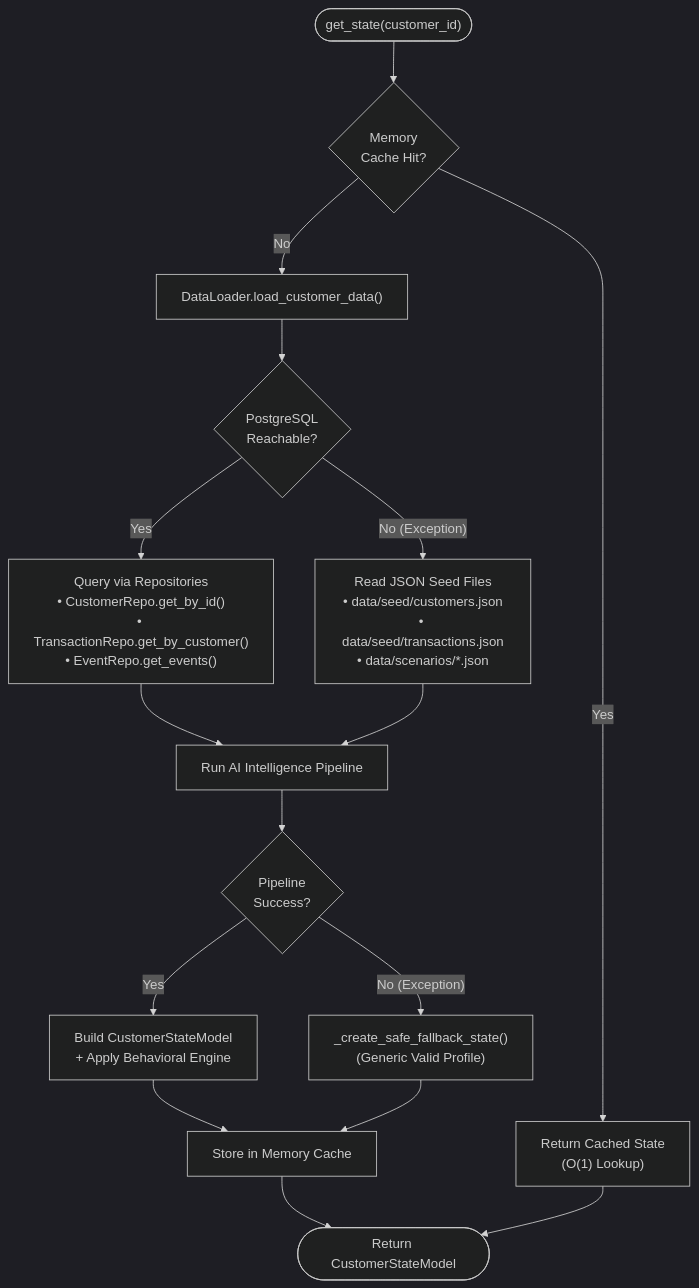
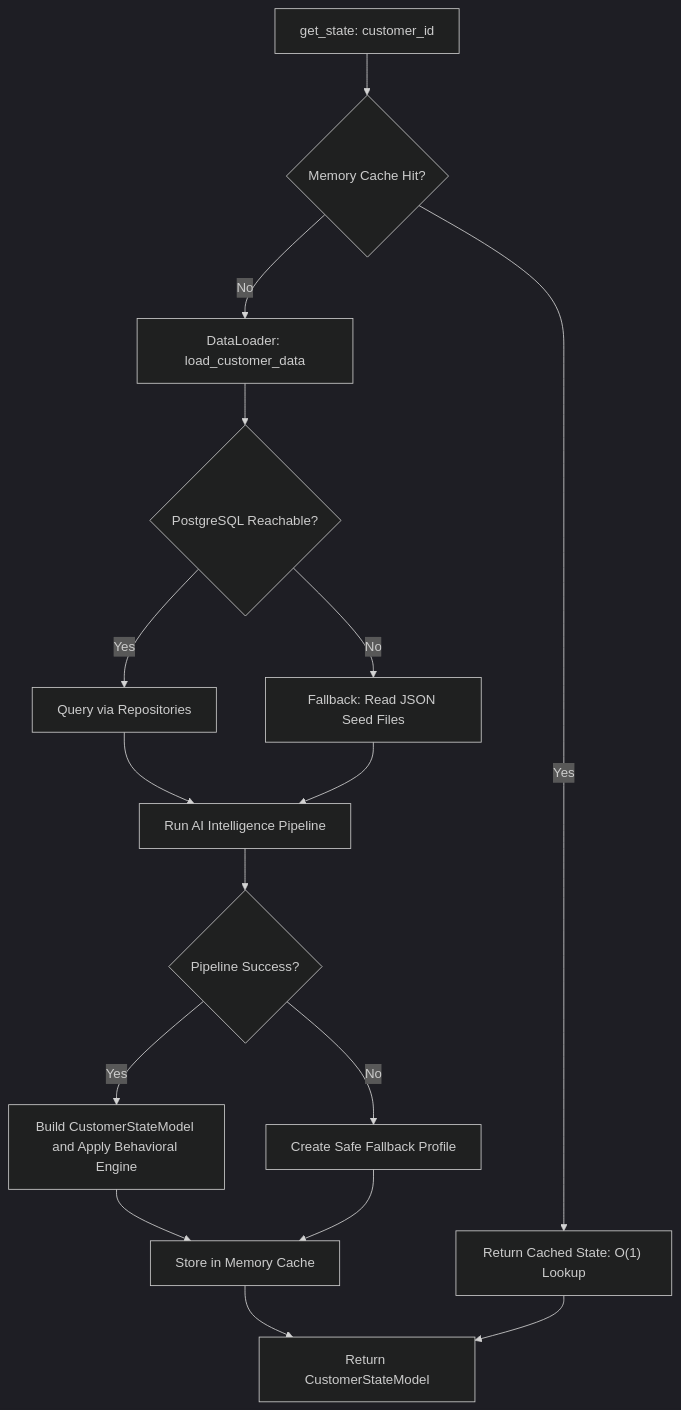
One commit to Neutron-0/ABC-Bank changed diagram 13 of 41 in README.md. Above: the diagram before and after it, drawn with Mermaid (dark theme). The commit also changed other lines of this file and 33 other files, not shown here.

````diff
--- a/README.md
+++ b/README.md
@@ -1233,22 +1217,22 @@
 ```mermaid
 flowchart TD
-  Start(["get_state(customer_id)"]) --> CacheCheck{"Memory\nCache Hit?"}
-  CacheCheck -->|"Yes"| ReturnCached["Return Cached State\n(O(1) Lookup)"]
-  CacheCheck -->|"No"| LoadData["DataLoader.load_customer_data()"]
+  Start["get_state: customer_id"] --> CacheCheck{"Memory Cache Hit?"}
+  CacheCheck -->|Yes| ReturnCached["Return Cached State: O(1) Lookup"]
+  CacheCheck -->|No| LoadData["DataLoader: load_customer_data"]
   
-  LoadData --> DBCheck{"PostgreSQL\nReachable?"}
-  DBCheck -->|"Yes"| QueryDB["Query via Repositories\n• CustomerRepo.get_by_id()\n• TransactionRepo.get_by_customer()\n• EventRepo.get_events()"]
-  DBCheck -->|"No (Exception)"| JSONFallback["Read JSON Seed Files\n• data/seed/customers.json\n• data/seed/transactions.json\n• data/scenarios/*.json"]
+  LoadData --> DBCheck{"PostgreSQL Reachable?"}
+  DBCheck -->|Yes| QueryDB["Query via Repositories"]
+  DBCheck -->|No| JSONFallback["Fallback: Read JSON Seed Files"]
   
   QueryDB --> RunAI["Run AI Intelligence Pipeline"]
   JSONFallback --> RunAI
   
-  RunAI --> AICheck{"Pipeline\nSuccess?"}
-  AICheck -->|"Yes"| BuildState["Build CustomerStateModel\n+ Apply Behavioral Engine"]
-  AICheck -->|"No (Exception)"| SafeFallback["_create_safe_fallback_state()\n(Generic Valid Profile)"]
+  RunAI --> AICheck{"Pipeline Success?"}
+  AICheck -->|Yes| BuildState["Build CustomerStateModel and Apply Behavioral Engine"]
+  AICheck -->|No| SafeFallback["Create Safe Fallback Profile"]
   
   BuildState --> CacheStore["Store in Memory Cache"]
   SafeFallback --> CacheStore
-  CacheStore --> ReturnState(["Return CustomerStateModel"])
+  CacheStore --> ReturnState["Return CustomerStateModel"]
   ReturnCached --> ReturnState
 ```
````
